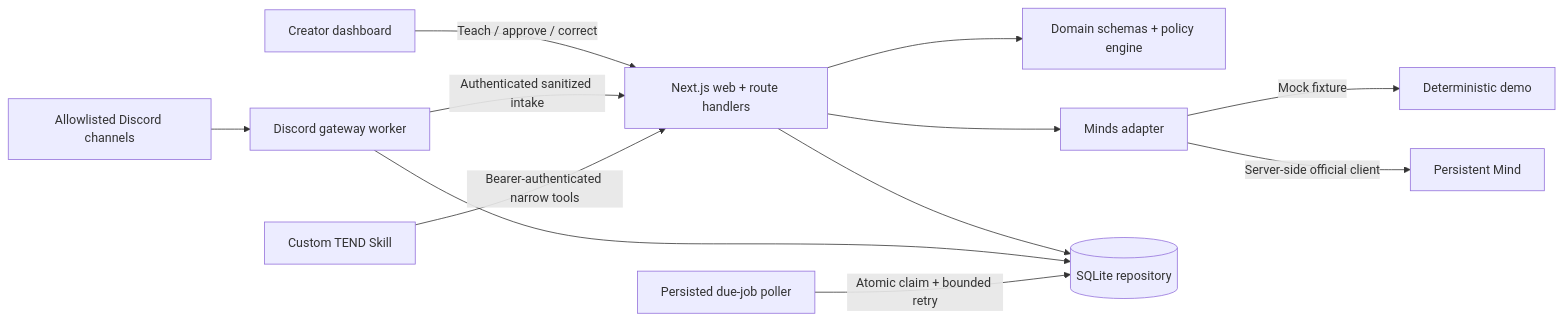
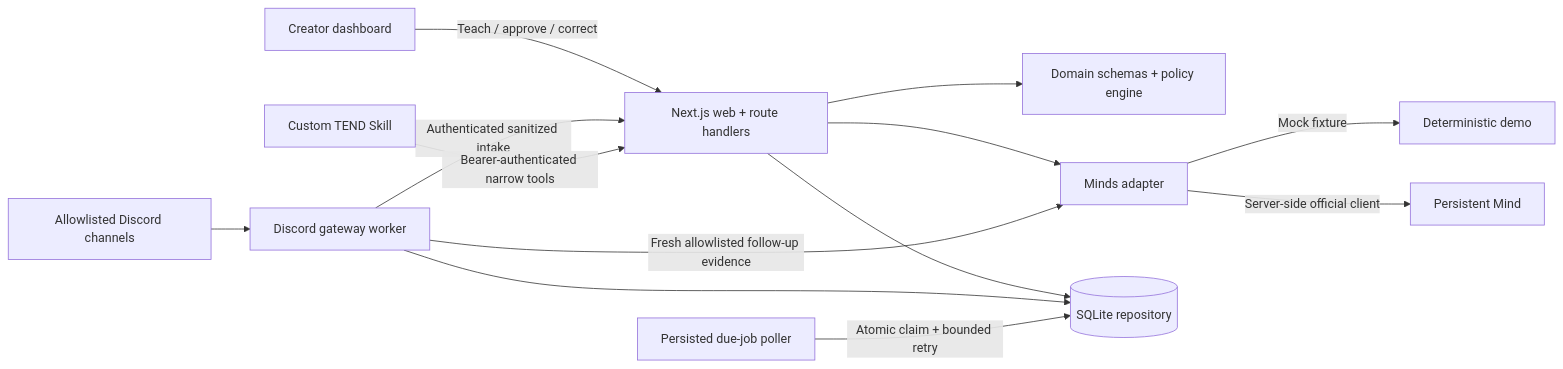
The diagram in docs/ARCHITECTURE.md (tang-vu/tend), drawn with Mermaid before and after one commit. The commit also changed other lines of this file and 27 other files, not shown here.

Commit message:
feat: ground live follow-ups in Discord evidence

````diff
--- a/docs/ARCHITECTURE.md
+++ b/docs/ARCHITECTURE.md
@@ -5,14 +5,15 @@
 ```mermaid
 flowchart LR
   Creator[Creator dashboard] -->|Teach / approve / correct| Web[Next.js web + route handlers]
   Discord[Allowlisted Discord channels] --> Worker[Discord gateway worker]
   Worker -->|Authenticated sanitized intake| Web
   Web --> Core[Domain schemas + policy engine]
   Web --> Minds[Minds adapter]
+  Worker -->|Fresh allowlisted follow-up evidence| Minds
   Minds -->|Mock fixture| Mock[Deterministic demo]
   Minds -->|Server-side official client| Live[Persistent Mind]
   Web --> DB[(SQLite repository)]
   Worker --> DB
   Scheduler[Persisted due-job poller] -->|Atomic claim + bounded retry| DB
   MindSkill[Custom TEND Skill] -->|Bearer-authenticated narrow tools| Web
 ```
````
